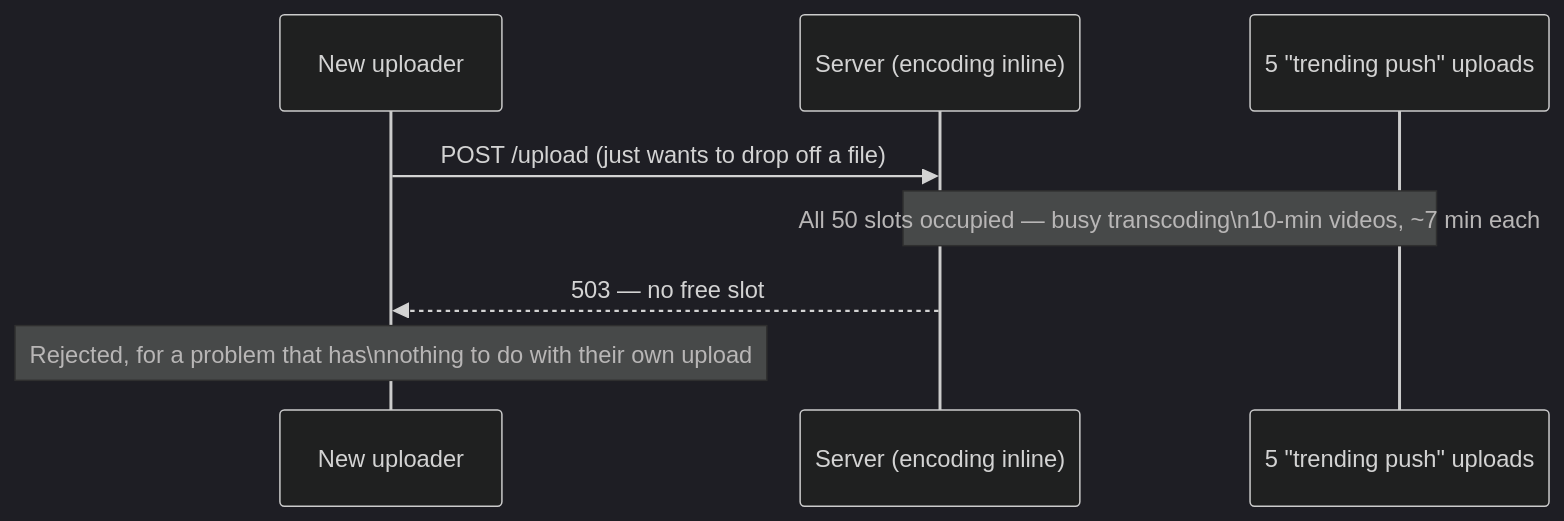
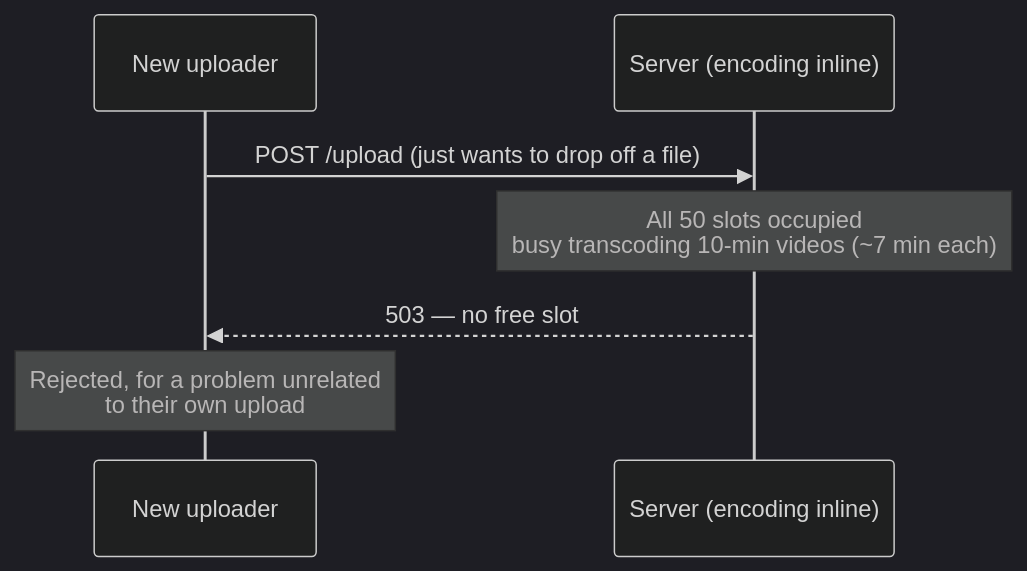
One commit to riyaz-pasha/Learnings changed the third of 25 diagrams in system-design/HLD/0-course/26-Design YouTube-FAANG-Guide-story.md. Above: the diagram before and after it, drawn with Mermaid (dark theme). The commit also changed other lines of this file and 1 other file, not shown here.

Commit message:
docs: simplify language and clean up mermaid diagrams in YouTube design guide

````diff
--- a/system-design/HLD/0-course/26-Design YouTube-FAANG-Guide-story.md
+++ b/system-design/HLD/0-course/26-Design YouTube-FAANG-Guide-story.md
@@ -58,10 +131,10 @@
 ```mermaid
 sequenceDiagram
     participant U as New uploader
     participant S as Server (encoding inline)
-    participant Old as 5 "trending push" uploads
+
     U->>S: POST /upload (just wants to drop off a file)
-    Note over S,Old: All 50 slots occupied — busy transcoding\n10-min videos, ~7 min each
+    Note over S: All 50 slots occupied<br/>busy transcoding 10-min videos (~7 min each)
     S-->>U: 503 — no free slot
-    Note over U: Rejected, for a problem that has\nnothing to do with their own upload
+    Note over U: Rejected, for a problem unrelated<br/>to their own upload
 ```
````
